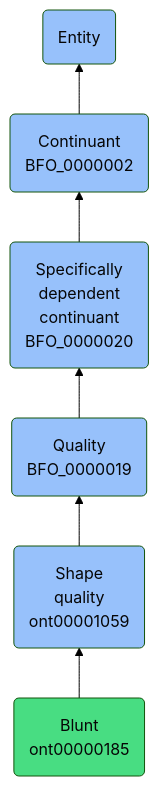
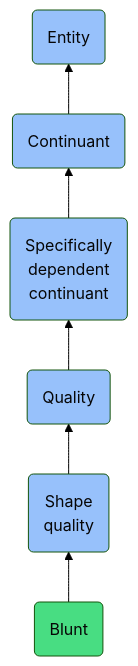
One commit to jupyter-naas/abi changed the diagram in docs/ontology/reference/model/Entity/Continuant/Specifically dependent continuant/Quality/Shape quality/Blunt/Blunt.md. Above: the diagram before and after it, drawn with Mermaid (forest theme). The commit also changed other lines of this file and 1430 other files, not shown here.

````diff
--- a/docs/ontology/reference/model/Entity/Continuant/Specifically dependent continuant/Quality/Shape quality/Blunt/Blunt.md
+++ b/docs/ontology/reference/model/Entity/Continuant/Specifically dependent continuant/Quality/Shape quality/Blunt/Blunt.md
@@ -24,13 +24,13 @@
 ```mermaid
 graph BT
-    ont00000185(Blunt<br>ont00000185):::ABI-->ont00001059
-    ont00001059(Shape<br>quality<br>ont00001059):::BFO-->BFO_0000019
-    BFO_0000019(Quality<br>BFO_0000019):::BFO-->BFO_0000020
-    BFO_0000020(Specifically<br>dependent<br>continuant<br>BFO_0000020):::BFO-->BFO_0000002
-    BFO_0000002(Continuant<br>BFO_0000002):::BFO-->BFO_0000001
+    ont00000185(Blunt):::ABI-->ont00001059
+    ont00001059(Shape<br>quality):::BFO-->BFO_0000019
+    BFO_0000019(Quality):::BFO-->BFO_0000020
+    BFO_0000020(Specifically<br>dependent<br>continuant):::BFO-->BFO_0000002
+    BFO_0000002(Continuant):::BFO-->BFO_0000001
     BFO_0000001(Entity):::BFO
     
     classDef BFO fill:#97c1fb,color:#060606
     classDef CCO fill:#e4c51e,color:#060606
     classDef ABI fill:#48DD82,color:#060606
 ```
````
